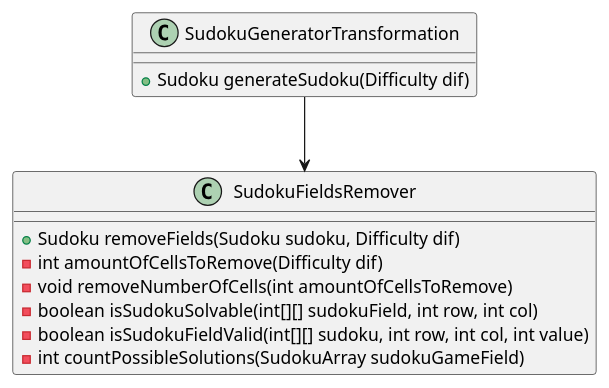
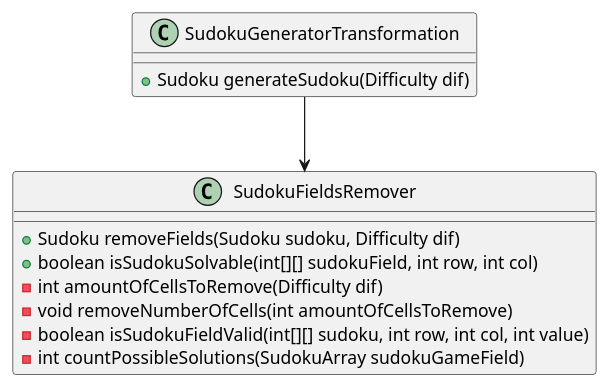
The diagram in uml/solid/srp_3.puml (mohjohfox/cli-sudoku), drawn with PlantUML before and after one commit. The commit also changed 4 other files, not shown here.

```diff
--- a/uml/solid/srp_3.puml
+++ b/uml/solid/srp_3.puml
@@ -1,16 +1,16 @@
 @startuml
 class SudokuFieldsRemover {
    + Sudoku removeFields(Sudoku sudoku, Difficulty dif)
+   + boolean isSudokuSolvable(int[][] sudokuField, int row, int col)
    - int amountOfCellsToRemove(Difficulty dif)
    - void removeNumberOfCells(int amountOfCellsToRemove)
-   - boolean isSudokuSolvable(int[][] sudokuField, int row, int col)
    - boolean isSudokuFieldValid(int[][] sudoku, int row, int col, int value)
    - int countPossibleSolutions(SudokuArray sudokuGameField)
 }
 
 class SudokuGeneratorTransformation {
     + Sudoku generateSudoku(Difficulty dif)
 }
 
 SudokuGeneratorTransformation --> SudokuFieldsRemover
 @enduml
```
